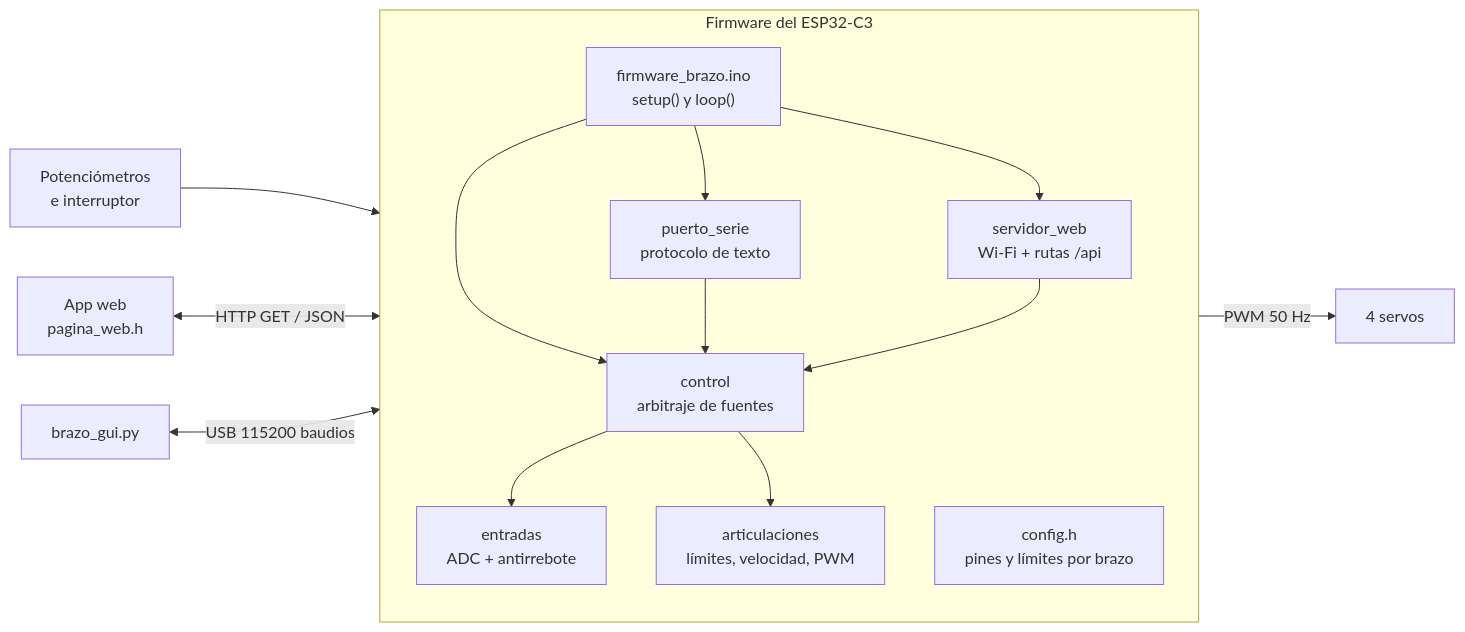
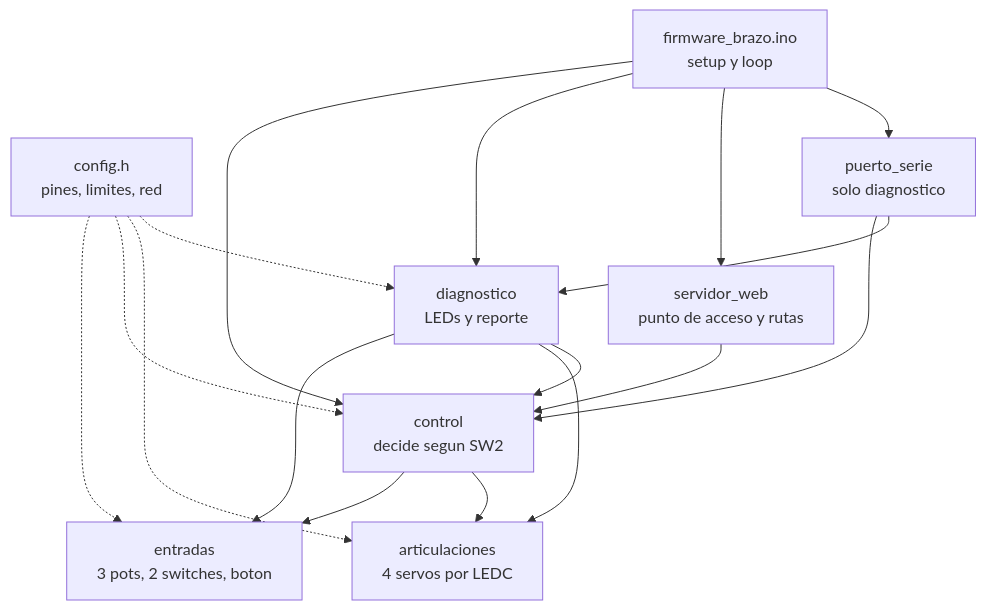
One commit to sebastiux/portafolio-just-the-docs changed the second of 3 diagrams in brazos/03-electronica-programacion.md. Above: the diagram before and after it, drawn with Mermaid. The commit also changed other lines of this file and 4 other files, not shown here.

````diff
--- a/brazos/03-electronica-programacion.md
+++ b/brazos/03-electronica-programacion.md
@@ -256,22 +314,28 @@
 ```mermaid
-flowchart LR
-  subgraph FW["Firmware del ESP32-C3"]
-    direction TB
-    INO["firmware_brazo.ino<br/>setup() y loop()"]
-    CTRL["control<br/>arbitraje de fuentes"]
-    ENT["entradas<br/>ADC + antirrebote"]
-    ART["articulaciones<br/>límites, velocidad, PWM"]
-    SER["puerto_serie<br/>protocolo de texto"]
-    WEB["servidor_web<br/>Wi-Fi + rutas /api"]
-    CFG["config.h<br/>pines y límites por brazo"]
-    INO --> SER & WEB & CTRL
-    SER --> CTRL
-    WEB --> CTRL
-    CTRL --> ENT
-    CTRL --> ART
-  end
-  POT["Potenciómetros<br/>e interruptor"] --> ENT
-  APP["App web<br/>pagina_web.h"] <-- "HTTP GET / JSON" --> WEB
-  GUI["brazo_gui.py"] <-- "USB 115200 baudios" --> SER
-  ART -- "PWM 50 Hz" --> S["4 servos"]
+flowchart TD
+  CFG["config.h<br/>pines, limites, red"]
+  ENT["entradas<br/>3 pots, 2 switches, boton"]
+  CTRL["control<br/>decide segun SW2"]
+  ART["articulaciones<br/>4 servos por LEDC"]
+  DIAG["diagnostico<br/>LEDs y reporte"]
+  WEB["servidor_web<br/>punto de acceso y rutas"]
+  SER["puerto_serie<br/>solo diagnostico"]
+  INO["firmware_brazo.ino<br/>setup y loop"]
+
+  CFG -.-> ENT
+  CFG -.-> CTRL
+  CFG -.-> ART
+  CFG -.-> DIAG
+  INO --> CTRL
+  INO --> DIAG
+  INO --> WEB
+  INO --> SER
+  CTRL --> ENT
+  CTRL --> ART
+  DIAG --> ENT
+  DIAG --> ART
+  DIAG --> CTRL
+  WEB --> CTRL
+  SER --> CTRL
+  SER --> DIAG
 ```
````
